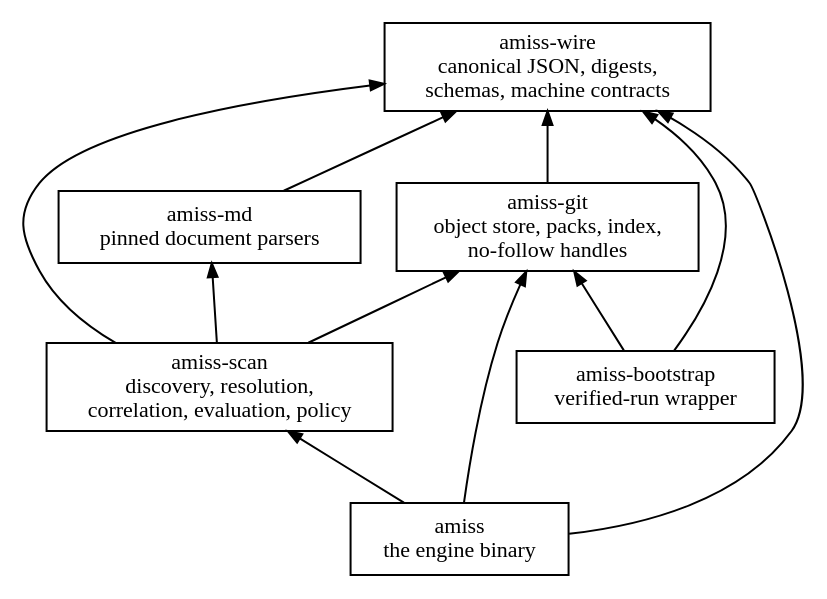
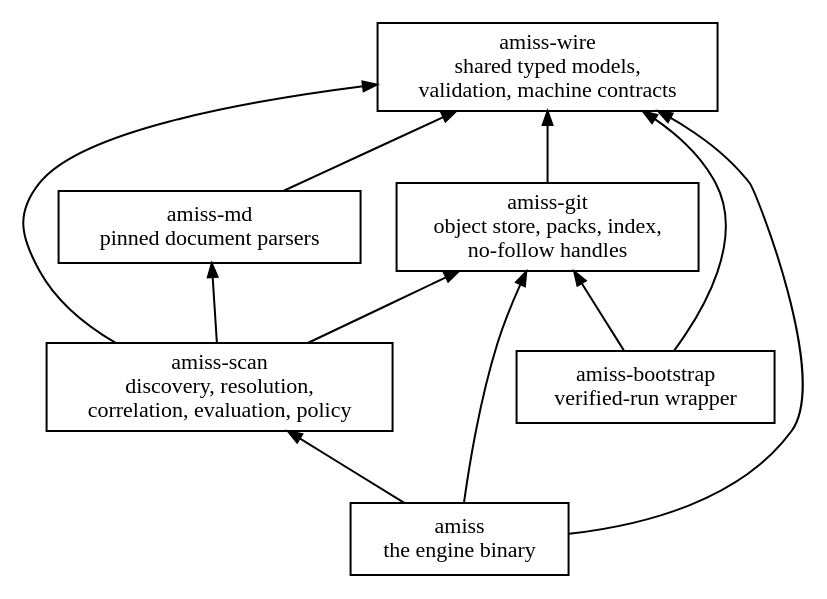
One commit to HardMax71/amiss changed the first of 2 diagrams in docs/src/architecture.md. Above: the diagram before and after it, drawn with Graphviz. The commit also changed other lines of this file and 411 other files, not shown here.

````diff
--- a/docs/src/architecture.md
+++ b/docs/src/architecture.md
@@ -7,23 +7,23 @@
 ```dot process
 digraph amiss {
   rankdir = BT;
   node [shape = box, fontname = "Latin Modern, Georgia, serif", fontsize = 11];
   edge [arrowsize = 0.7];
-  wire  [label = "amiss-wire\ncanonical JSON, digests,\nschemas, machine contracts"];
+  wire  [label = "amiss-wire\nshared typed models,\nvalidation, machine contracts"];
   git   [label = "amiss-git\nobject store, packs, index,\nno-follow handles"];
   md    [label = "amiss-md\npinned document parsers"];
   scan  [label = "amiss-scan\ndiscovery, resolution,\ncorrelation, evaluation, policy"];
   cli   [label = "amiss\nthe engine binary"];
   boot  [label = "amiss-bootstrap\nverified-run wrapper"];
   git -> wire;
   md -> wire;
   scan -> git;
   scan -> md;
   scan -> wire;
   cli -> scan;
   cli -> git;
   cli -> wire;
   boot -> git;
   boot -> wire;
 }
 ```
````
